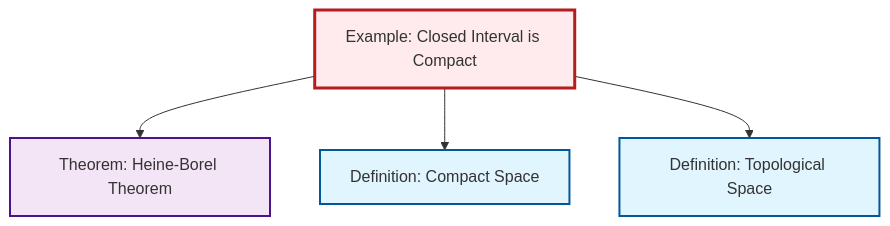
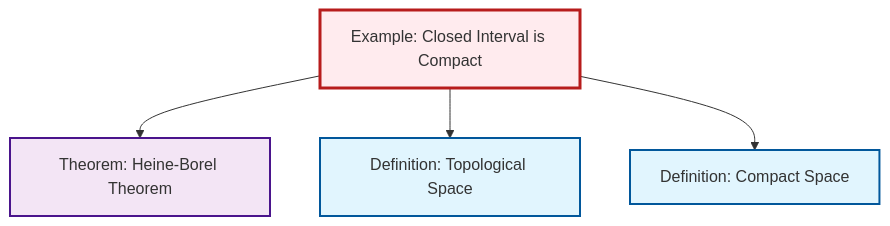
Before and after one commit to RK0429/ModernMath: the diagram in content/ja/topology/ex-closed-interval-compact.qmd, drawn with Mermaid. The commit also changed other lines of this file and 360 other files, not shown here.

````diff
--- a/content/ja/topology/ex-closed-interval-compact.qmd
+++ b/content/ja/topology/ex-closed-interval-compact.qmd
@@ -55,20 +55,20 @@
 ```{mermaid}
 %%| fig-cap: "Local dependency graph"
 graph TD
     classDef definition fill:#e1f5fe,stroke:#01579b,stroke-width:2px
     classDef theorem fill:#f3e5f5,stroke:#4a148c,stroke-width:2px
     classDef axiom fill:#fff3e0,stroke:#e65100,stroke-width:2px
     classDef example fill:#e8f5e9,stroke:#1b5e20,stroke-width:2px
     classDef current fill:#ffebee,stroke:#b71c1c,stroke-width:3px
+    ex-closed-interval-compact["Example: Closed Interval is Compact"]:::example
     def-compact["Definition: Compact Space"]:::definition
-    ex-closed-interval-compact["Example: Closed Interval is Compact"]:::example
+    def-topological-space["Definition: Topological Space"]:::definition
     thm-heine-borel["Theorem: Heine-Borel Theorem"]:::theorem
-    def-topological-space["Definition: Topological Space"]:::definition
     ex-closed-interval-compact --> thm-heine-borel
+    ex-closed-interval-compact --> def-topological-space
     ex-closed-interval-compact --> def-compact
-    ex-closed-interval-compact --> def-topological-space
     class ex-closed-interval-compact current
     click def-compact "def-compact.html" "Definition: Compact Spaceへ"
+    click def-topological-space "def-topological-space.html" "Definition: Topological Spaceへ"
     click thm-heine-borel "thm-heine-borel.html" "Theorem: Heine-Borel Theoremへ"
-    click def-topological-space "def-topological-space.html" "Definition: Topological Spaceへ"
 ```
````
